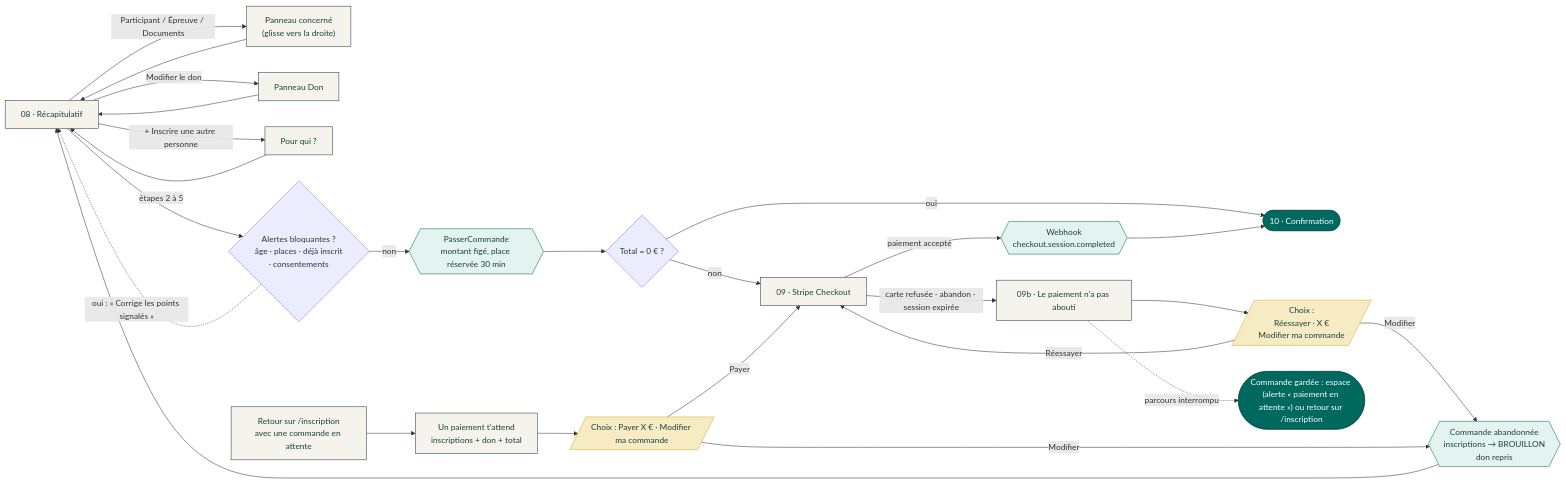
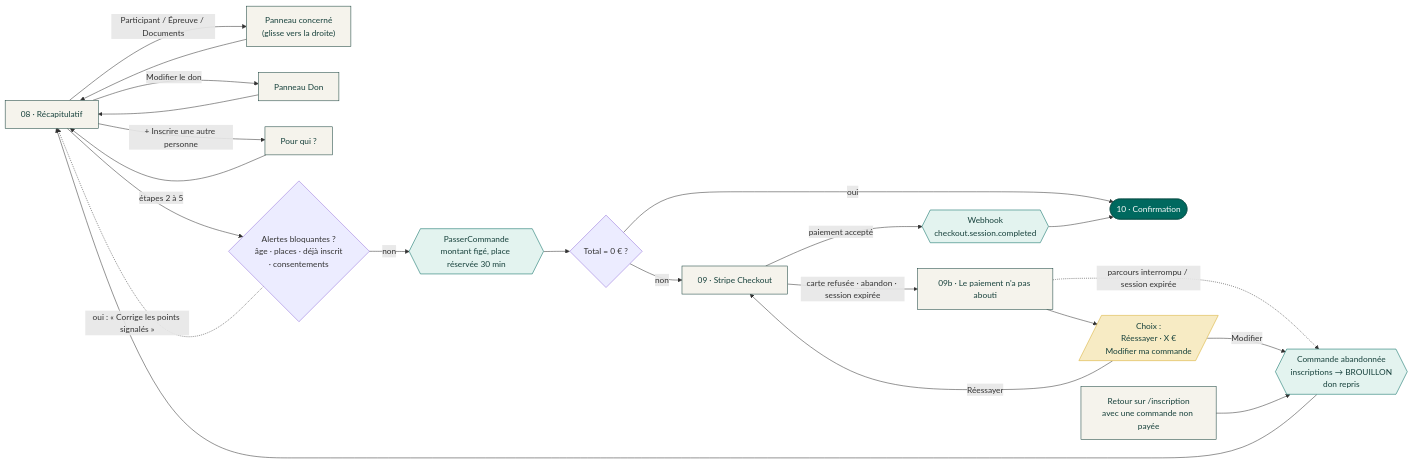
The third of 5 diagrams in docs/parcours-utilisateur.md (OanHamon/Run_For_Lorene), drawn with Mermaid before and after one commit. The commit also changed other lines of this file and 23 other files, not shown here.

First line of the commit message:
Inscription d'une traite : un paiement non abouti remet la commande en brouillon

````diff
--- a/docs/parcours-utilisateur.md
+++ b/docs/parcours-utilisateur.md
@@ -155,35 +155,32 @@
 ```mermaid
 flowchart LR
     classDef ecran fill:#F5F3EC,stroke:#16403B,color:#16403B
     classDef saisie fill:#F7EBC4,stroke:#D6AD2B,color:#16403B
     classDef serveur fill:#E3F3EF,stroke:#00695F,color:#16403B
     classDef fin fill:#00695F,stroke:#0B4F48,color:#FFFFFF
 
     R["08 · Récapitulatif"]:::ecran
     R -->|"Participant / Épreuve / Documents"| MOD["Panneau concerné<br/>(glisse vers la droite)"]:::ecran
     R -->|"Modifier le don"| MD["Panneau Don"]:::ecran
     R -->|"+ Inscrire une autre personne"| QUI["Pour qui ?"]:::ecran
     MOD --> R
     MD --> R
     QUI -->|"étapes 2 à 5"| R
 
     R --> AL{"Alertes bloquantes ?<br/>âge · places · déjà inscrit<br/>· consentements"}
     AL -.->|"oui : « Corrige les points signalés »"| R
     AL -->|non| CMD{{"PasserCommande<br/>montant figé, place réservée 30 min"}}:::serveur
     CMD --> Z{"Total = 0 € ?"}
     Z -->|oui| CONF
     Z -->|non| PAY["09 · Stripe Checkout"]:::ecran
 
     PAY -->|"paiement accepté"| WH{{"Webhook<br/>checkout.session.completed"}}:::serveur
     WH --> CONF(["10 · Confirmation"]):::fin
     PAY -->|"carte refusée · abandon · session expirée"| ECH["09b · Le paiement n'a pas abouti"]:::ecran
     ECH --> ECH1[/"Choix :<br/>Réessayer · X €<br/>Modifier ma commande"/]:::saisie
     ECH1 -->|"Réessayer"| PAY
-    ECH -.->|"parcours interrompu"| ESP(["Commande gardée : espace (alerte « paiement en attente ») ou retour sur /inscription"]):::fin
+    ECH -.->|"parcours interrompu / session expirée"| AB
     ECH1 -->|"Modifier"| AB{{"Commande abandonnée<br/>inscriptions → BROUILLON<br/>don repris"}}:::serveur --> R
 
-    RET["Retour sur /inscription<br/>avec une commande en attente"]:::ecran --> ATT["Un paiement t'attend<br/>inscriptions + don + total"]:::ecran
-    ATT --> ATT1[/"Choix : Payer X € · Modifier ma commande"/]:::saisie
-    ATT1 -->|"Payer"| PAY
-    ATT1 -->|"Modifier"| AB
+    RET["Retour sur /inscription<br/>avec une commande non payée"]:::ecran --> AB
 ```
````
